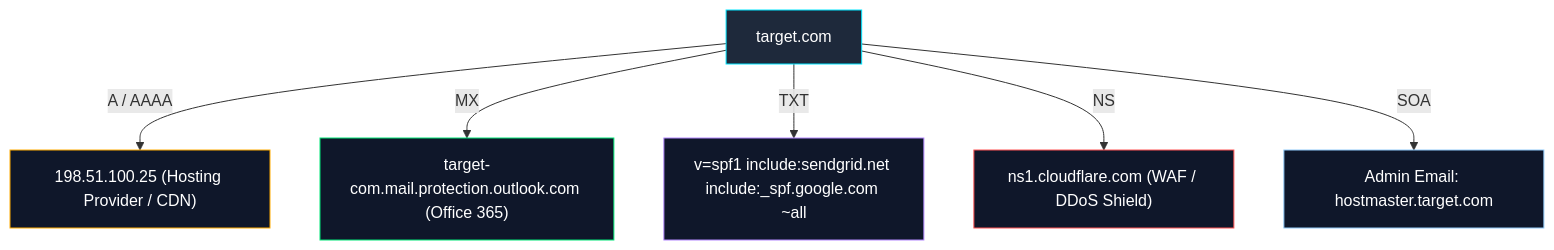
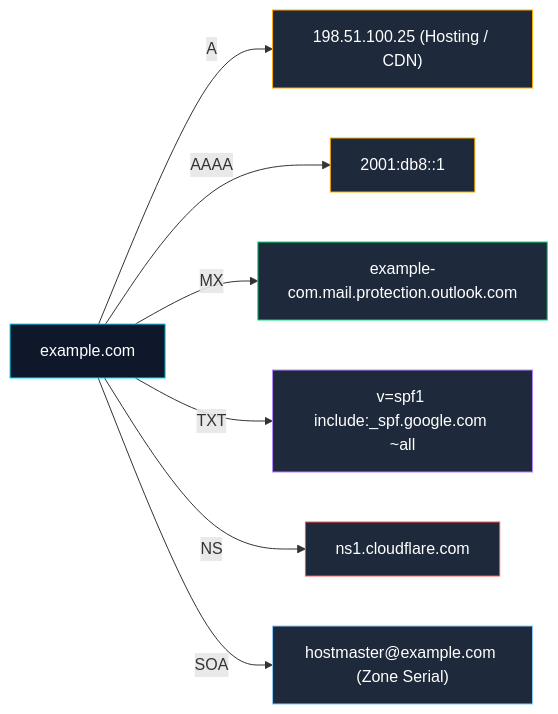
One commit to sivaoffl04/Cyber-Blog changed the fourth of 16 diagrams in OSINT/Over all OSINT/OSINT_Complete_Framework_and_Investigation_Guide.md. Above: the diagram before and after it, drawn with Mermaid. The commit also changed other lines of this file and 1 other file, not shown here.

````diff
--- a/OSINT/Over all OSINT/OSINT_Complete_Framework_and_Investigation_Guide.md
+++ b/OSINT/Over all OSINT/OSINT_Complete_Framework_and_Investigation_Guide.md
@@ -333,16 +539,18 @@
 ```mermaid
-flowchart TD
-    D["target.com"]
-    D -->|"A / AAAA"| IP["198.51.100.25 (Hosting Provider / CDN)"]
-    D -->|"MX"| M["target-com.mail.protection.outlook.com (Office 365)"]
-    D -->|"TXT"| S["v=spf1 include:sendgrid.net include:_spf.google.com ~all"]
-    D -->|"NS"| NS["ns1.cloudflare.com (WAF / DDoS Shield)"]
-    D -->|"SOA"| SOA["Admin Email: hostmaster.target.com"]
+flowchart LR
+    Target["example.com"]
+    Target -->|"A"| IPv4["198.51.100.25 (Hosting / CDN)"]
+    Target -->|"AAAA"| IPv6["2001:db8::1"]
+    Target -->|"MX"| Mail["example-com.mail.protection.outlook.com"]
+    Target -->|"TXT"| SPF["v=spf1 include:_spf.google.com ~all"]
+    Target -->|"NS"| Nameserver["ns1.cloudflare.com"]
+    Target -->|"SOA"| Admin["hostmaster@example.com (Zone Serial)"]
 
-    style D fill:#1e293b,stroke:#00e5ff,color:#fff
-    style IP fill:#0f172a,stroke:#ffab00,color:#fff
-    style M fill:#0f172a,stroke:#00e676,color:#fff
-    style S fill:#0f172a,stroke:#b388ff,color:#fff
-    style NS fill:#0f172a,stroke:#ff5252,color:#fff
-    style SOA fill:#0f172a,stroke:#90caf9,color:#fff
+    style Target fill:#0f172a,stroke:#00e5ff,color:#fff
+    style IPv4 fill:#1e293b,stroke:#ffab00,color:#fff
+    style IPv6 fill:#1e293b,stroke:#ffab00,color:#fff
+    style Mail fill:#1e293b,stroke:#00e676,color:#fff
+    style SPF fill:#1e293b,stroke:#b388ff,color:#fff
+    style Nameserver fill:#1e293b,stroke:#ff5252,color:#fff
+    style Admin fill:#1e293b,stroke:#90caf9,color:#fff
 ```
````
